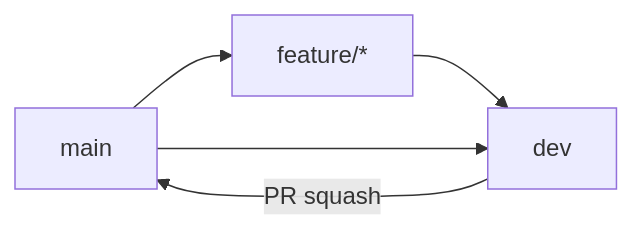
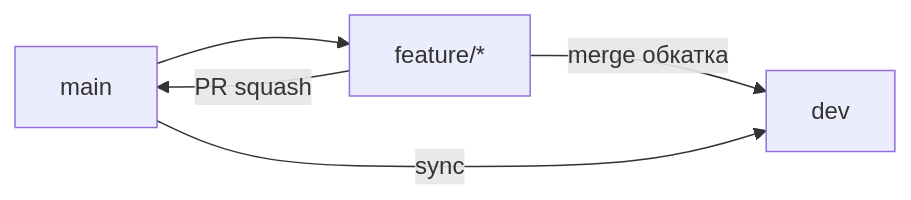
The diagram in docs/WORKFLOW.md (Tikhovskoy/margin-guard), drawn with Mermaid before and after one commit. The commit also changed other lines of this file and 9 other files, not shown here.

````diff
--- a/docs/WORKFLOW.md
+++ b/docs/WORKFLOW.md
@@ -19,11 +20,11 @@
 ```mermaid
 flowchart LR
     main[main]
     dev[dev]
     feature[feature/*]
 
     main --> feature
-    feature --> dev
-    dev -->|PR squash| main
-    main --> dev
+    feature -->|merge обкатка| dev
+    feature -->|PR squash| main
+    main -->|sync| dev
 ```
````
